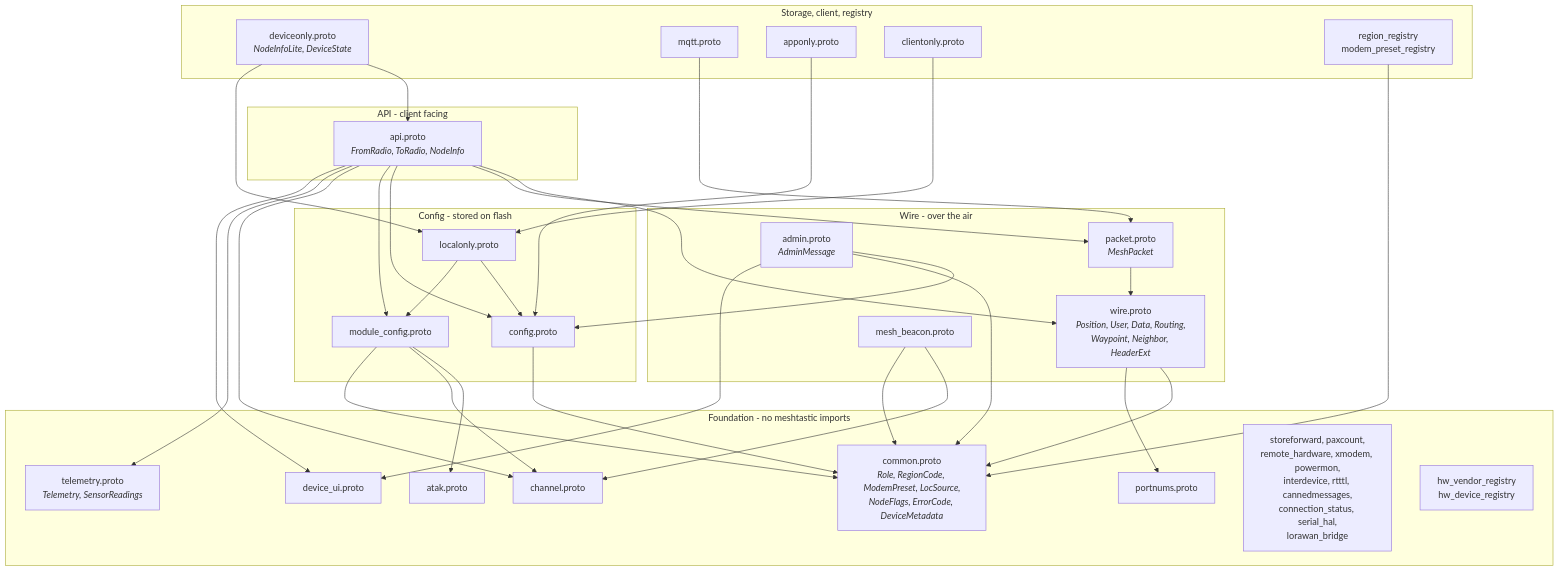
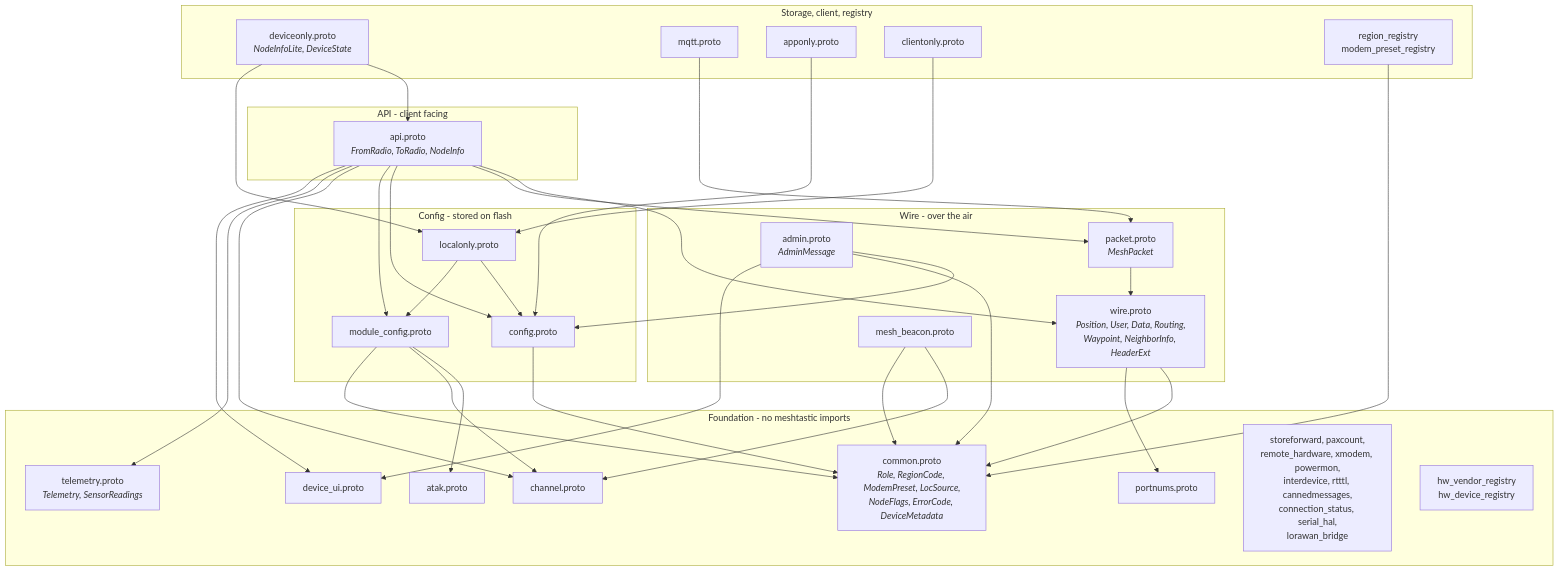
Before and after one commit to meshtastic/protobufs: the diagram in SCHEMA.md, drawn with Mermaid. The commit also changed other lines of this file and 10 other files, not shown here.

````diff
--- a/SCHEMA.md
+++ b/SCHEMA.md
@@ -15,66 +15,66 @@
 ```mermaid
 graph TD
     subgraph Foundation["Foundation - no meshtastic imports"]
         common[common.proto<br/><i>Role, RegionCode, ModemPreset, LocSource,<br/>NodeFlags, ErrorCode, DeviceMetadata</i>]
         portnums[portnums.proto]
         channel[channel.proto]
         telemetry[telemetry.proto<br/><i>Telemetry, SensorReadings</i>]
         deviceui[device_ui.proto]
         atak[atak.proto]
         modules[storeforward, paxcount,<br/>remote_hardware, xmodem, powermon,<br/>interdevice, rtttl, cannedmessages,<br/>connection_status, serial_hal,<br/>lorawan_bridge]
         registries[hw_vendor_registry<br/>hw_device_registry]
     end
 
     subgraph Wire["Wire - over the air"]
-        wire[wire.proto<br/><i>Position, User, Data, Routing,<br/>Waypoint, Neighbor, HeaderExt</i>]
+        wire[wire.proto<br/><i>Position, User, Data, Routing,<br/>Waypoint, NeighborInfo, HeaderExt</i>]
         packet[packet.proto<br/><i>MeshPacket</i>]
         beacon[mesh_beacon.proto]
         admin[admin.proto<br/><i>AdminMessage</i>]
     end
 
     subgraph Config["Config - stored on flash"]
         config[config.proto]
         moduleconfig[module_config.proto]
         localonly[localonly.proto]
     end
 
     subgraph Api["API - client facing"]
         api[api.proto<br/><i>FromRadio, ToRadio, NodeInfo</i>]
     end
 
     subgraph Other["Storage, client, registry"]
         deviceonly[deviceonly.proto<br/><i>NodeInfoLite, DeviceState</i>]
         mqtt[mqtt.proto]
         apponly[apponly.proto]
         clientonly[clientonly.proto]
         regreg[region_registry<br/>modem_preset_registry]
     end
 
     wire --> common
     wire --> portnums
     packet --> wire
     beacon --> channel
     beacon --> common
     config --> common
     moduleconfig --> atak
     moduleconfig --> channel
     moduleconfig --> common
     localonly --> config
     localonly --> moduleconfig
     regreg --> common
     api --> wire
     api --> packet
     api --> config
     api --> moduleconfig
     api --> channel
     api --> telemetry
     api --> deviceui
     admin --> config
     admin --> common
     admin --> deviceui
     deviceonly --> api
     deviceonly --> localonly
     mqtt --> packet
     apponly --> config
     clientonly --> localonly
 ```
````
